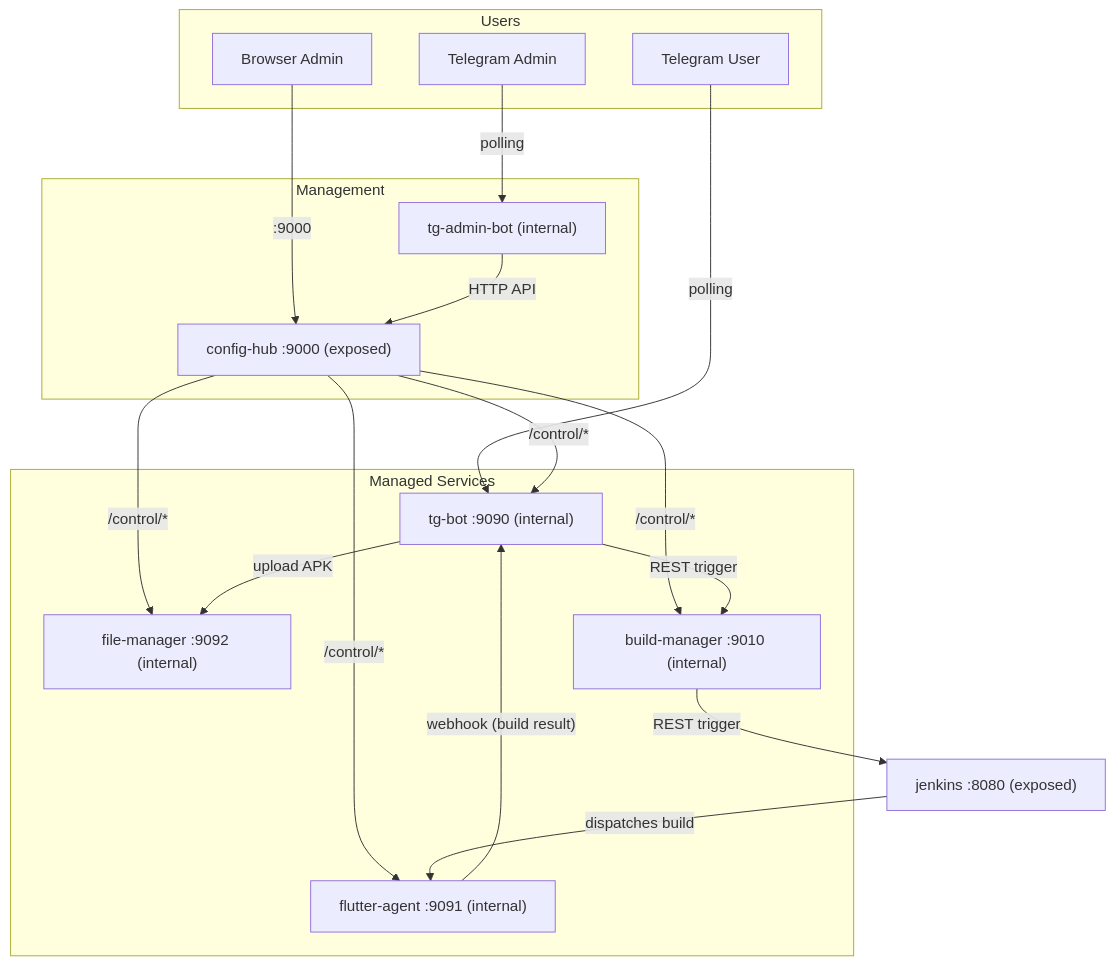
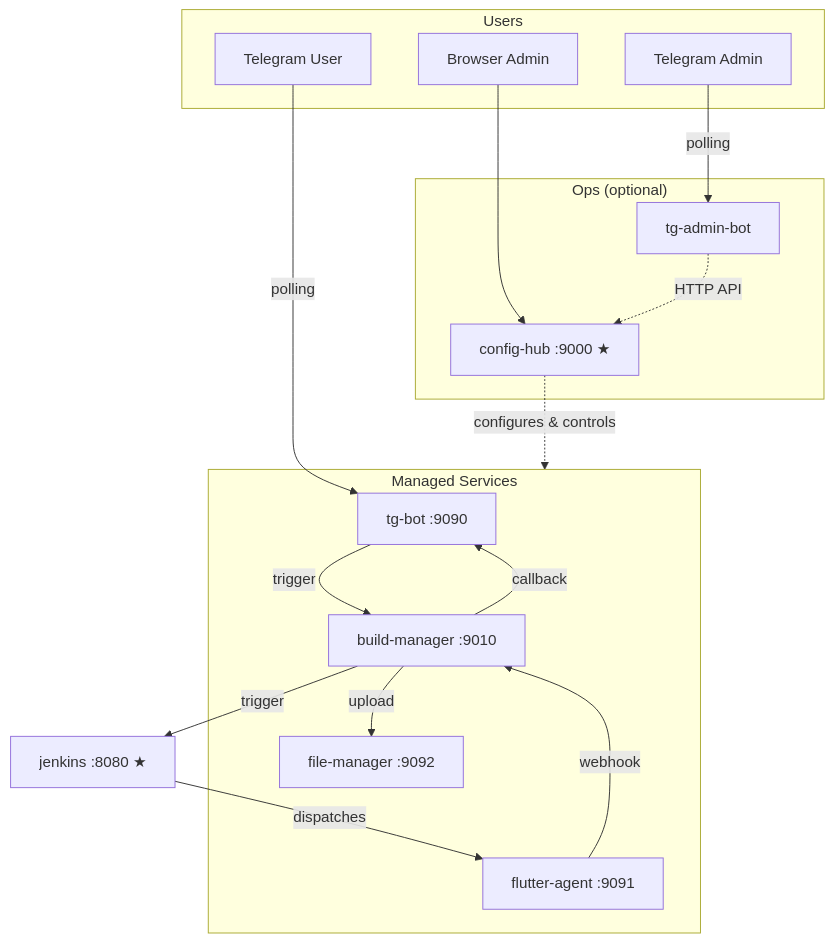
Before and after one commit to VinhNgT/jenkins-flutter-bot: the diagram in README.md, drawn with Mermaid. The commit also changed other lines of this file and 5 other files, not shown here.

````diff
--- a/README.md
+++ b/README.md
@@ -13,35 +13,35 @@
 ```mermaid
 graph TD
-    subgraph Users
+    subgraph users["Users"]
         TU["Telegram User"]
         BA["Browser Admin"]
         TA["Telegram Admin"]
     end
 
-    subgraph Management
-        CH["config-hub :9000 (exposed)"]
-        TAB["tg-admin-bot (internal)"]
+    subgraph ops["Ops  (optional)"]
+        CH["config-hub :9000 ★"]
+        TAB["tg-admin-bot"]
     end
 
-    subgraph Managed Services
-        BOT["tg-bot :9090 (internal)"]
-        AGT["flutter-agent :9091 (internal)"]
-        FM["file-manager :9092 (internal)"]
-        BM["build-manager :9010 (internal)"]
+    subgraph managed["Managed Services"]
+        BOT["tg-bot :9090"]
+        BM["build-manager :9010"]
+        FM["file-manager :9092"]
+        AGT["flutter-agent :9091"]
     end
 
-    JNK["jenkins :8080 (exposed)"]
+    JNK["jenkins :8080 ★"]
 
     TU -- polling --> BOT
-    BA -- ":9000" --> CH
+    BA --> CH
     TA -- polling --> TAB
+    TAB -. "HTTP API" .-> CH
+    CH -. "configures & controls" .-> managed
 
-    CH -- "/control/*" --> BOT & AGT & FM & BM
-    TAB -- "HTTP API" --> CH
-
-    BOT -- "REST trigger" --> BM
-    BM -- "REST trigger" --> JNK
-    JNK -- "dispatches build" --> AGT
-    AGT -- "webhook (build result)" --> BOT
-    BOT -- "upload APK" --> FM
+    BOT -- trigger --> BM
+    BM -- trigger --> JNK
+    JNK -- dispatches --> AGT
+    AGT -- webhook --> BM
+    BM -- upload --> FM
+    BM -- callback --> BOT
 ```
````
